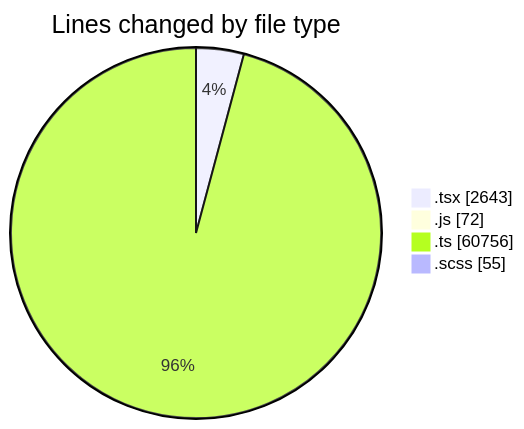
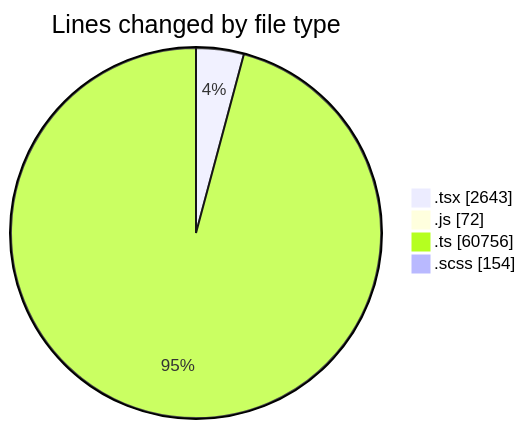
The first of 2 diagrams in 2026-09-25/cda/README.md (momahboobian/code-tracking), drawn with Mermaid before and after one commit. The commit also changed other lines of this file and 1 other file, not shown here.

````diff
--- a/2026-09-25/cda/README.md
+++ b/2026-09-25/cda/README.md
@@ -52,8 +53,8 @@
 ```mermaid
 pie showData
 title Lines changed by file type
 ".tsx" : 2643
 ".js" : 72
 ".ts" : 60756
-".scss" : 55
+".scss" : 154
 ```
````
